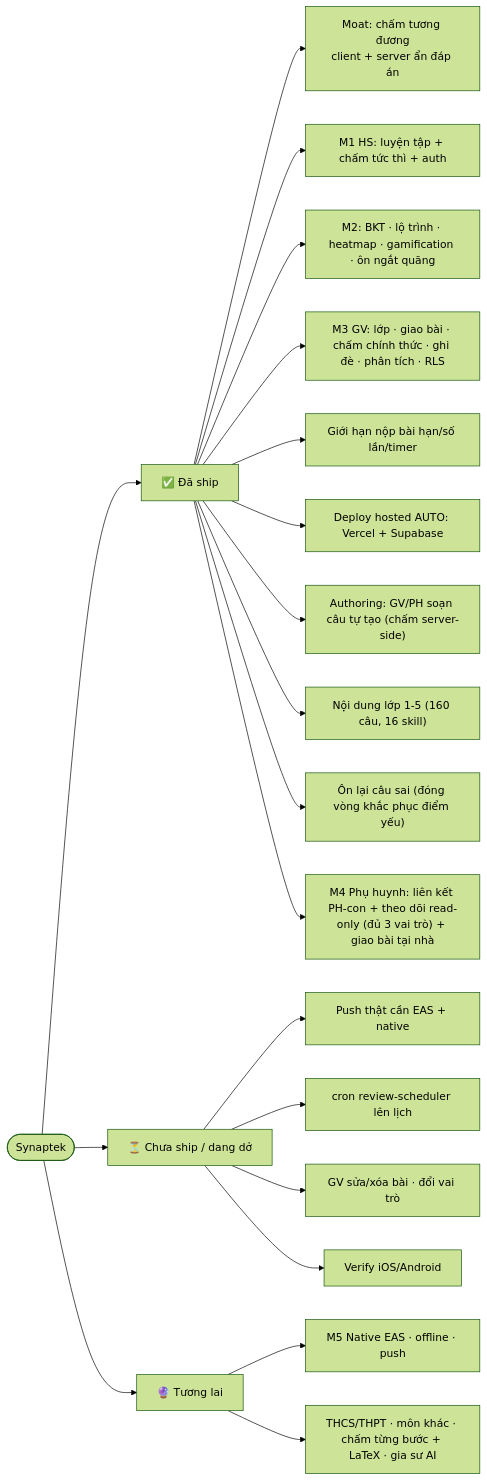
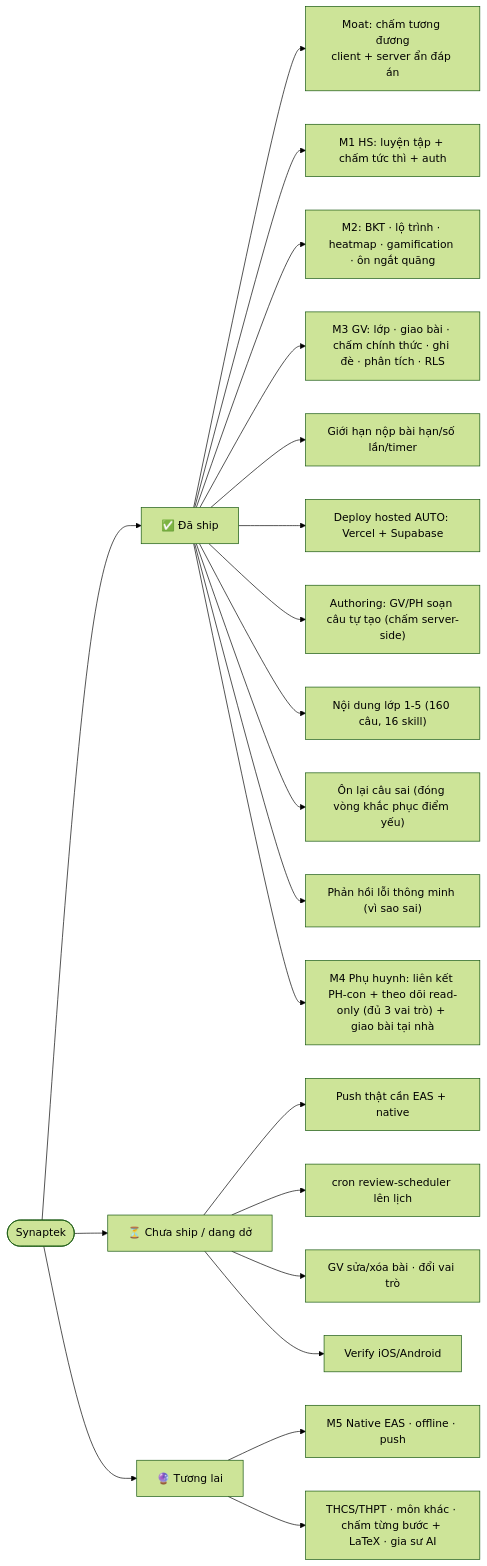
One commit to hoanghainh1188/synaptek changed the second of 2 diagrams in docs/FEATURE-MAP.md. Above: the diagram before and after it, drawn with Mermaid (forest theme). The commit also changed other lines of this file and 6 other files, not shown here.

First line of the commit message:
feat(engine): phản hồi lỗi thông minh — chẩn đoán "vì sao sai" (#30)

````diff
--- a/docs/FEATURE-MAP.md
+++ b/docs/FEATURE-MAP.md
@@ -59,26 +60,27 @@
 ```mermaid
 flowchart LR
   S([Synaptek])
   S --> SHIPPED["✅ Đã ship"]
   S --> WIP["⏳ Chưa ship / dang dở"]
   S --> FUTURE["🔮 Tương lai"]
 
   SHIPPED --> A1["Moat: chấm tương đương<br/>client + server ẩn đáp án"]
   SHIPPED --> A2["M1 HS: luyện tập + chấm tức thì + auth"]
   SHIPPED --> A3["M2: BKT · lộ trình · heatmap · gamification · ôn ngắt quãng"]
   SHIPPED --> A4["M3 GV: lớp · giao bài · chấm chính thức · ghi đè · phân tích · RLS"]
   SHIPPED --> A5["Giới hạn nộp bài hạn/số lần/timer"]
   SHIPPED --> A6["Deploy hosted AUTO: Vercel + Supabase"]
 
   WIP --> B1["Push thật cần EAS + native"]
   WIP --> B2["cron review-scheduler lên lịch"]
   WIP --> B3["GV sửa/xóa bài · đổi vai trò"]
   SHIPPED --> A8["Authoring: GV/PH soạn câu tự tạo (chấm server-side)"]
   SHIPPED --> A9["Nội dung lớp 1-5 (160 câu, 16 skill)"]
   SHIPPED --> A10["Ôn lại câu sai (đóng vòng khắc phục điểm yếu)"]
+  SHIPPED --> A11["Phản hồi lỗi thông minh (vì sao sai)"]
   WIP --> B5["Verify iOS/Android"]
 
   SHIPPED --> A7["M4 Phụ huynh: liên kết PH-con + theo dõi read-only (đủ 3 vai trò) + giao bài tại nhà"]
   FUTURE --> C2["M5 Native EAS · offline · push"]
   FUTURE --> C3["THCS/THPT · môn khác · chấm từng bước + LaTeX · gia sư AI"]
 ```
````
